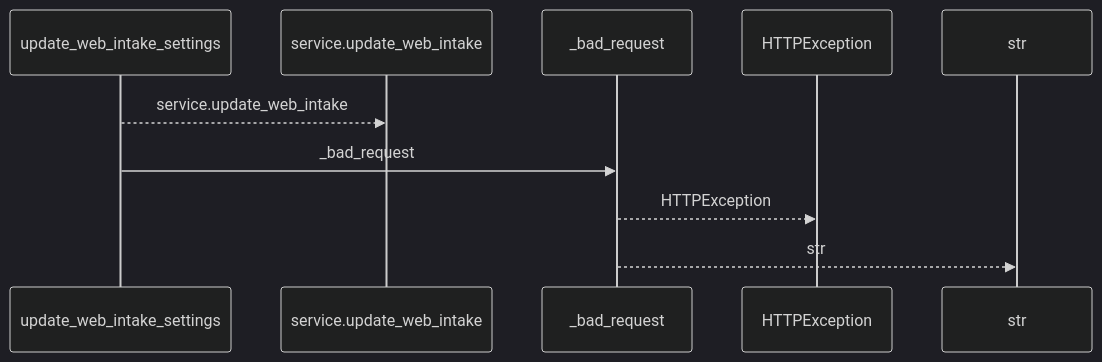
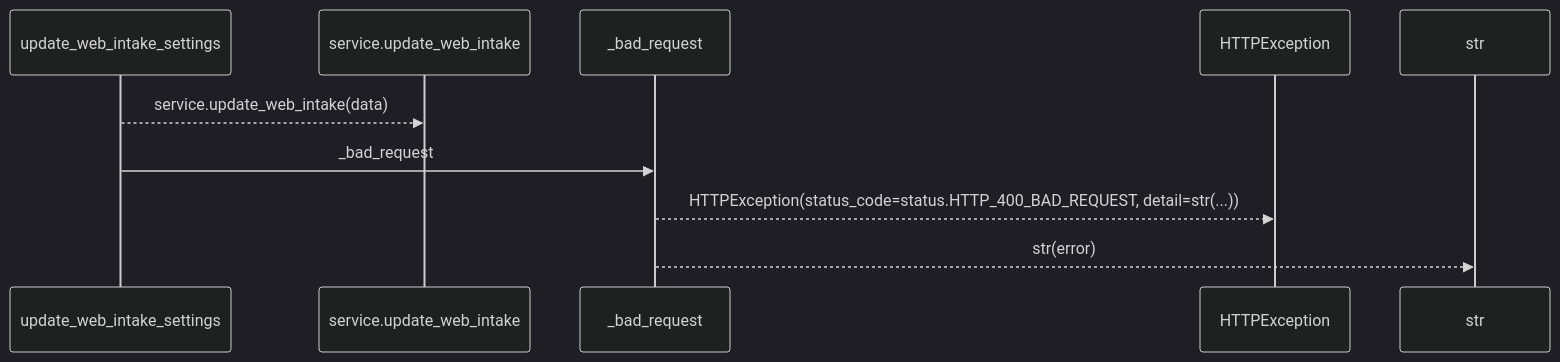
Before and after one commit to Denissvgn/WorkChord: the first of 2 diagrams in docs/llm_wiki/flows/http-update_web_intake_settings.md, drawn with Mermaid (dark theme). The commit also changed other lines of this file and 25171 other files, not shown here.

````diff
--- a/docs/llm_wiki/flows/http-update_web_intake_settings.md
+++ b/docs/llm_wiki/flows/http-update_web_intake_settings.md
@@ -10,12 +12,12 @@
 ```mermaid
 sequenceDiagram
     participant p0 as update_web_intake_settings
     participant p1 as service.update_web_intake
     participant p2 as _bad_request
     participant p3 as HTTPException
     participant p4 as str
-    p0-->>p1: service.update_web_intake
+    p0-->>p1: service.update_web_intake(data)
     p0->>p2: _bad_request
-    p2-->>p3: HTTPException
-    p2-->>p4: str
+    p2-->>p3: HTTPException(status_code=status.HTTP_400_BAD_REQUEST, detail=str(...))
+    p2-->>p4: str(error)
 ```
````
